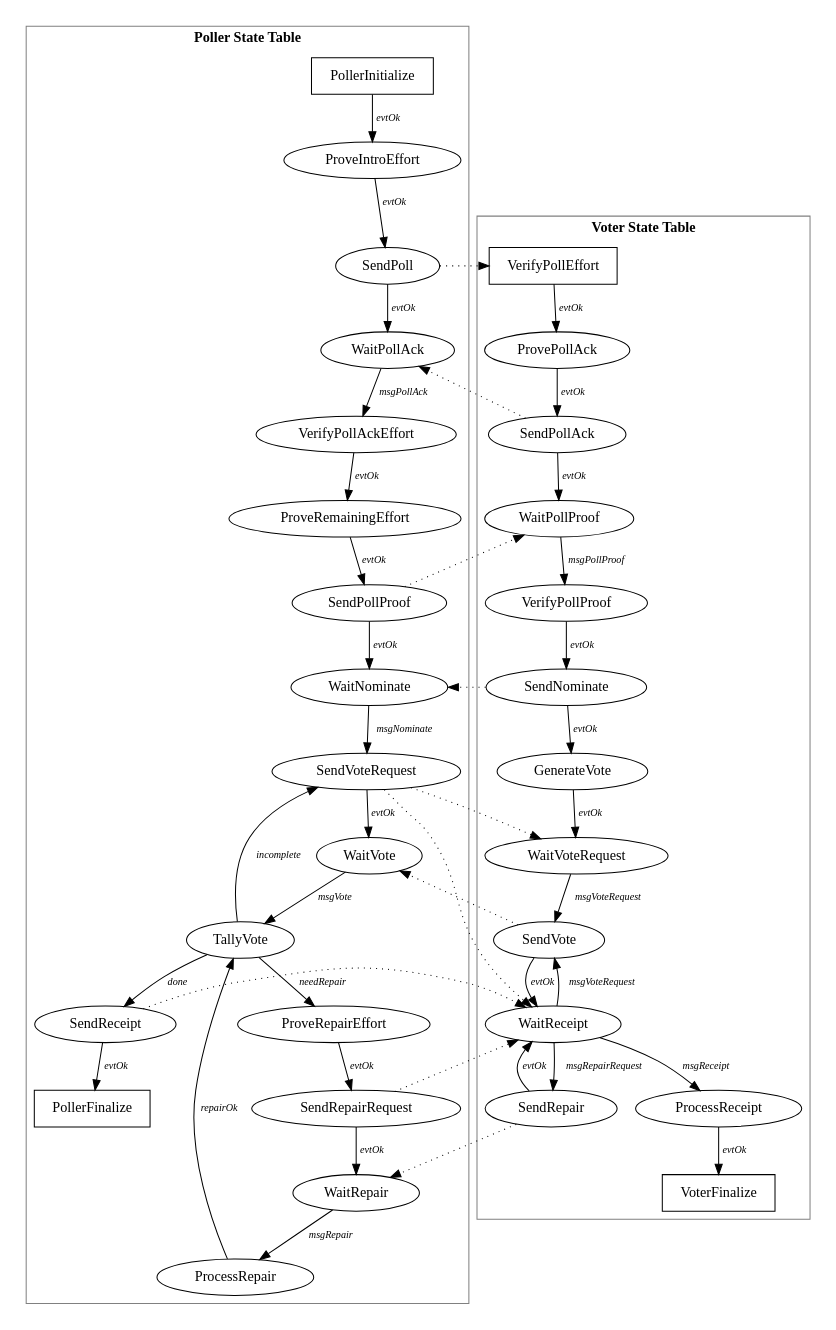
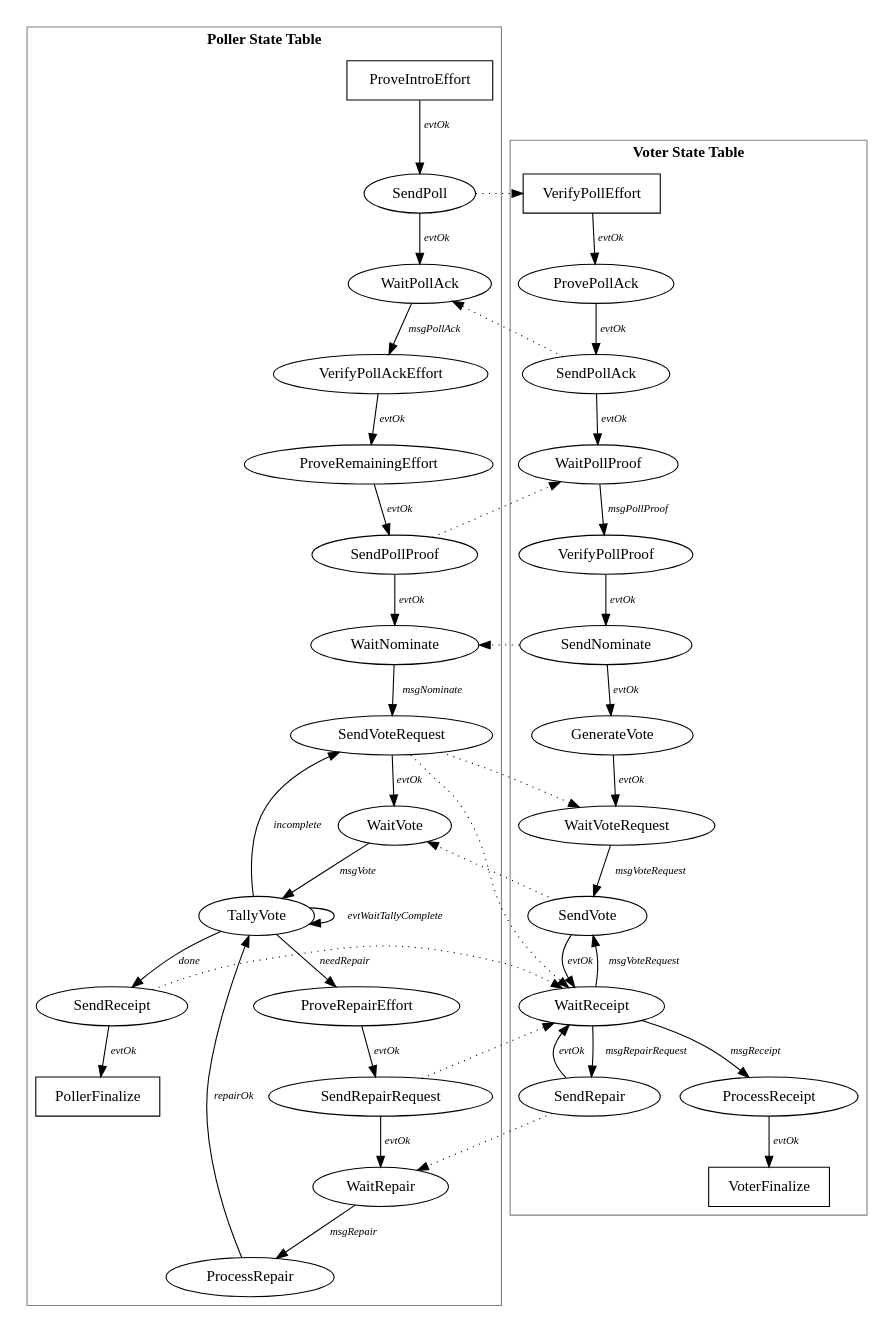
Before and after one commit to fkautz/cmusv-practicum: the diagram in src/org/lockss/poller/v3/states.dot, drawn with Graphviz. The commit also changed 38 other files, not shown here.

```diff
--- a/src/org/lockss/poller/v3/states.dot
+++ b/src/org/lockss/poller/v3/states.dot
@@ -1,110 +1,110 @@
 /* -*- Mode: C -*- */
 /*
  * $Id$
  */
 /*
 Copyright (c) 2000-2005 Board of Trustees of Leland Stanford Jr. University,
 all rights reserved.
 
 Permission is hereby granted, free of charge, to any person obtaining a copy
 of this software and associated documentation files (the "Software"), to deal
 in the Software without restriction, including without limitation the rights
 to use, copy, modify, merge, publish, distribute, sublicense, and/or sell
 copies of the Software, and to permit persons to whom the Software is
 furnished to do so, subject to the following conditions:
 
 The above copyright notice and this permission notice shall be included in
 all copies or substantial portions of the Software.
 
 THE SOFTWARE IS PROVIDED "AS IS", WITHOUT WARRANTY OF ANY KIND, EXPRESS OR
 IMPLIED, INCLUDING BUT NOT LIMITED TO THE WARRANTIES OF MERCHANTABILITY,
 FITNESS FOR A PARTICULAR PURPOSE AND NONINFRINGEMENT.  IN NO EVENT SHALL
 STANFORD UNIVERSITY BE LIABLE FOR ANY CLAIM, DAMAGES OR OTHER LIABILITY,
 WHETHER IN AN ACTION OF CONTRACT, TORT OR OTHERWISE, ARISING FROM, OUT OF OR
 IN CONNECTION WITH THE SOFTWARE OR THE USE OR OTHER DEALINGS IN THE SOFTWARE.
 
 Except as contained in this notice, the name of Stanford University shall not
 be used in advertising or otherwise to promote the sale, use or other dealings
 in this Software without prior written authorization from Stanford University.
 */
 
 /*
  * State diagrams of V3 polling protocol.
  *
  * To generate postscript, run    dot -Tps -o <outfile>.ps states.dot
  */
 
 digraph StateMachine {
   edge [fontname="Times-Italic"];
   node [fontname="Times-Roman"];
 
   subgraph cluster0 {
     color=grey;
     fontname="Times-Bold";
     fontsize="14";
     label="Poller State Table";
 
-    PollerInitialize [shape=box];
+    ProveIntroEffort [shape=box];
     PollerFinalize [shape=box];
 
-    PollerInitialize -> ProveIntroEffort [label="evtOk",fontsize="10"];
     ProveIntroEffort -> SendPoll [label="evtOk",fontsize="10"];
     SendPoll -> WaitPollAck [label="evtOk",fontsize="10"];
     WaitPollAck -> VerifyPollAckEffort [label="msgPollAck",fontsize="10"];
     VerifyPollAckEffort -> ProveRemainingEffort [label="evtOk",fontsize="10"];
     ProveRemainingEffort -> SendPollProof [label="evtOk",fontsize="10"];
     SendPollProof -> WaitNominate [label="evtOk",fontsize="10"];
     WaitNominate -> SendVoteRequest [label="msgNominate",fontsize="10"];
     WaitVote -> TallyVote [label="msgVote",fontsize="10"];
+    TallyVote -> TallyVote [label="evtWaitTallyComplete",fontsize="10"];
     TallyVote -> SendVoteRequest [label="incomplete",fontsize="10"];
     SendVoteRequest -> WaitVote [label="evtOk",fontsize="10"];
     TallyVote -> ProveRepairEffort [label="needRepair",fontsize="10"];
     TallyVote -> SendReceipt [label="done",fontsize="10"];
     ProveRepairEffort -> SendRepairRequest [label="evtOk",fontsize="10"];
     SendRepairRequest -> WaitRepair [label="evtOk",fontsize="10"];
     WaitRepair -> ProcessRepair [label="msgRepair",fontsize="10"];
     ProcessRepair -> TallyVote [label="repairOk",fontsize="10"];
     SendReceipt -> PollerFinalize [label="evtOk",fontsize="10"];
   }
 
   subgraph cluster1 {
     color=grey;
     fontname="Times-Bold";
     fontsize="14";
     label="Voter State Table";
 
     VerifyPollEffort [shape=box];
     VoterFinalize [shape=box];
 
     VerifyPollEffort -> ProvePollAck [label="evtOk",fontsize="10"];
     ProvePollAck -> SendPollAck [label="evtOk",fontsize="10"];
     SendPollAck -> WaitPollProof [label="evtOk",fontsize="10"];
     WaitPollProof -> VerifyPollProof [label="msgPollProof",fontsize="10"];
     VerifyPollProof -> SendNominate [label="evtOk",fontsize="10"];
-    SendNominate -> GenerateVote [label="evtOk",fontsize="10"];
+    SendNominate -> GenerateVote [label="evtOk",fontsize="10"];   
     GenerateVote -> WaitVoteRequest [label="evtOk",fontsize="10"];
     WaitVoteRequest -> SendVote [label="msgVoteRequest",fontsize="10"];
     SendVote -> WaitReceipt [label="evtOk",fontsize="10"];
     WaitReceipt -> SendVote [label="msgVoteRequest",fontsize="10"];
     WaitReceipt -> SendRepair [label="msgRepairRequest",fontsize="10"];
     WaitReceipt -> ProcessReceipt [label="msgReceipt",fontsize="10"];
     SendRepair -> WaitReceipt [label="evtOk",fontsize="10"];
     ProcessReceipt -> VoterFinalize [label="evtOk",fontsize="10"];
   }
 
   center=true;
 
   page="8.5,11";
   size="7.5,10";
 
   SendPoll -> VerifyPollEffort [style=dotted];
   SendPollAck -> WaitPollAck [style=dotted];
   SendNominate -> WaitNominate [style=dotted];
   SendVote -> WaitVote [style=dotted];
   SendVoteRequest -> WaitVoteRequest [style=dotted];
   SendVoteRequest -> WaitReceipt [style=dotted];
   SendPollProof -> WaitPollProof [style=dotted];
   SendReceipt -> WaitReceipt [style=dotted];
   SendRepairRequest -> WaitReceipt [style=dotted];
   SendRepair -> WaitRepair [style=dotted];
 }
```
